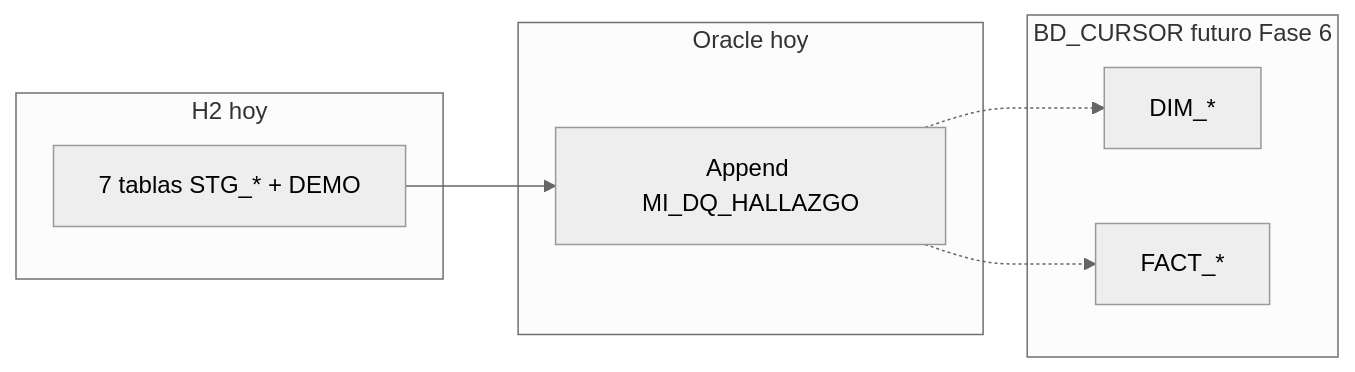
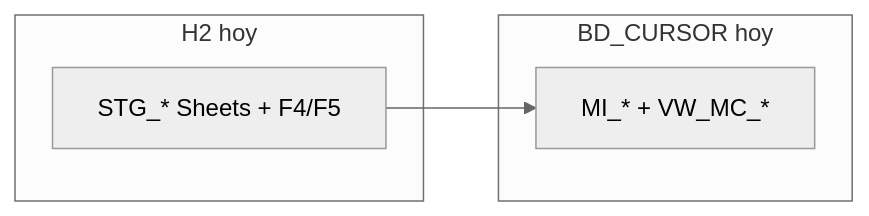
Before and after one commit to nwodevops/multa_informes_etl: the third of 3 diagrams in docs/fase1-3/status.md, drawn with Mermaid (neutral theme). The commit also changed other lines of this file and 37 other files, not shown here.

````diff
--- a/docs/fase1-3/status.md
+++ b/docs/fase1-3/status.md
@@ -133,16 +128,10 @@
 ```mermaid
 flowchart LR
   subgraph h2now [H2 hoy]
-    STG8["7 tablas STG_* + DEMO"]
+    STG8["STG_* Sheets + F4/F5"]
   end
-  subgraph oranow [Oracle hoy]
-    DQonly["Append MI_DQ_HALLAZGO"]
+  subgraph oranow [BD_CURSOR hoy]
+    MI["MI_* + VW_MC_*"]
   end
-  subgraph orafut [BD_CURSOR futuro Fase 6]
-    DIM["DIM_*"]
-    FACT["FACT_*"]
-  end
-  STG8 --> DQonly
-  DQonly -.-> DIM
-  DQonly -.-> FACT
+  STG8 --> MI
 ```
````
